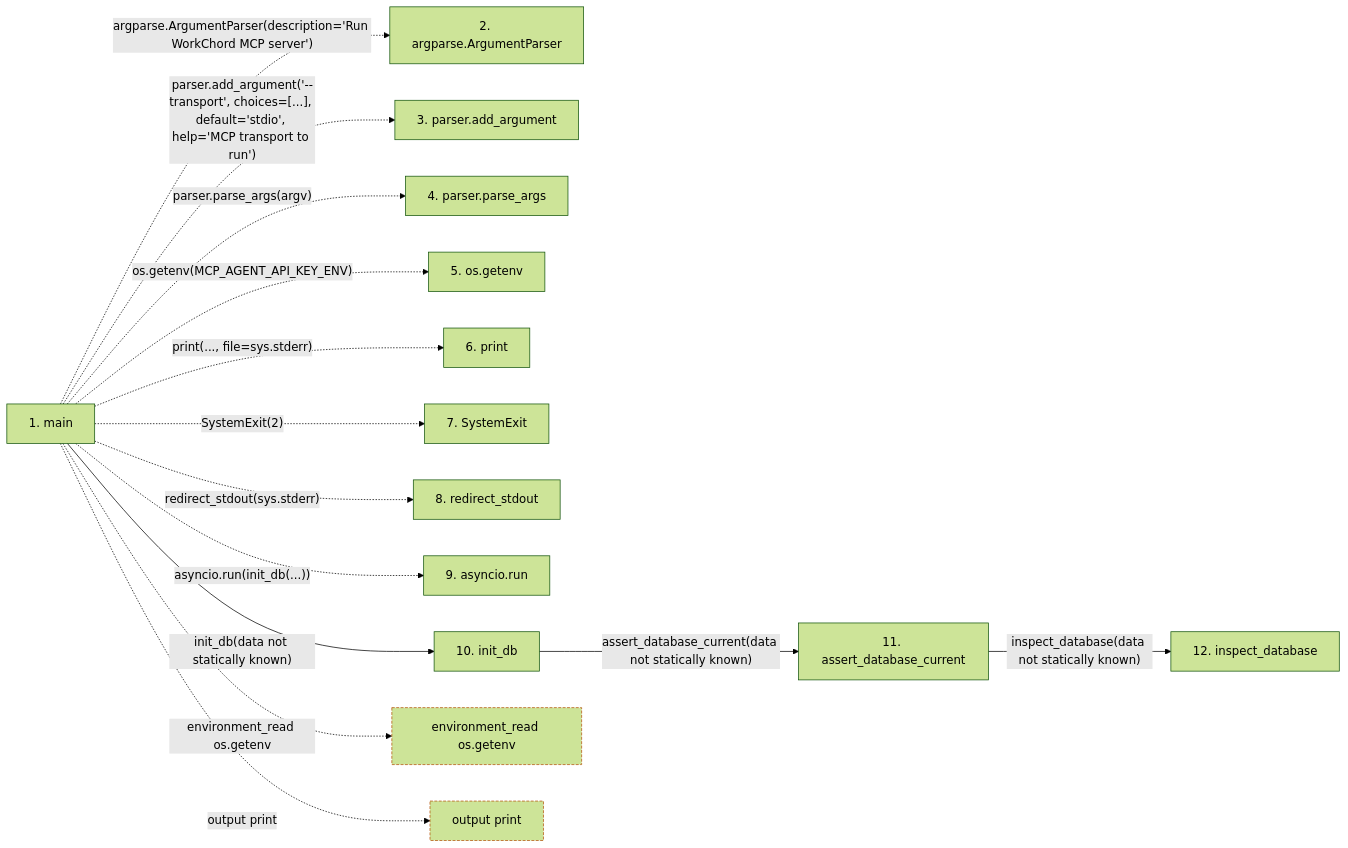
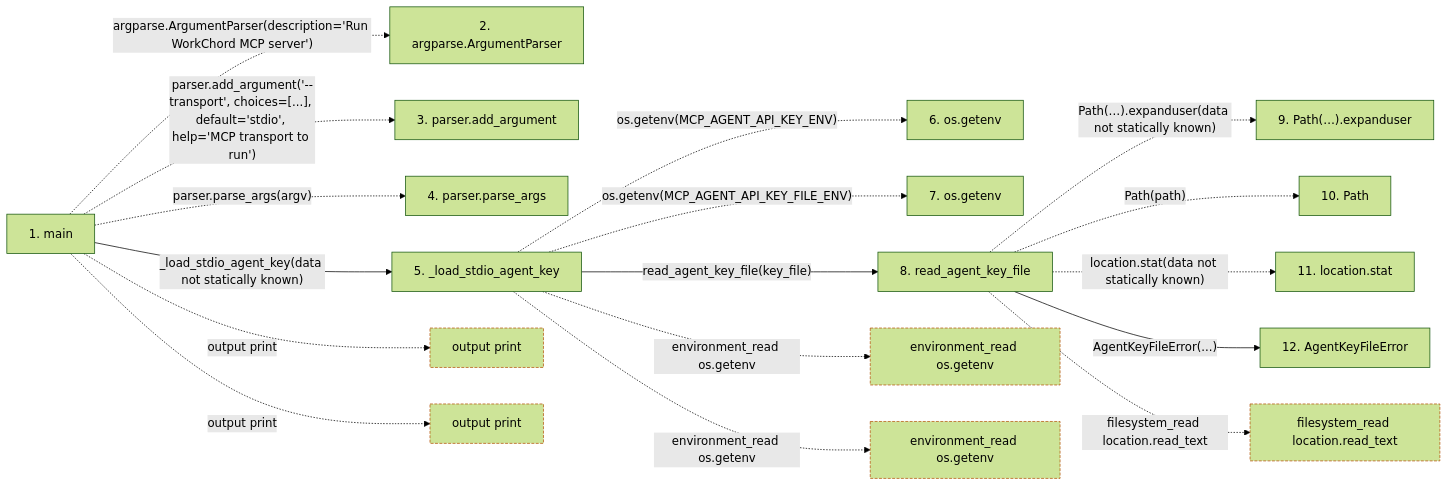
Before and after one commit to Denissvgn/WorkChord: the second of 2 diagrams in docs/llm_wiki/flows/process-mcp_server.md, drawn with Mermaid (forest theme). The commit also changed other lines of this file and 732 other files, not shown here.

Commit message:
docs(wiki): refresh for agent key delivery and the connect hint

````diff
--- a/docs/llm_wiki/flows/process-mcp_server.md
+++ b/docs/llm_wiki/flows/process-mcp_server.md
@@ -146,37 +154,46 @@
 ```mermaid
 flowchart LR
     s1["1. main"]
     s2["2. argparse.ArgumentParser"]
     s3["3. parser.add_argument"]
     s4["4. parser.parse_args"]
-    s5["5. os.getenv"]
-    s6["6. print"]
-    s7["7. SystemExit"]
-    s8["8. redirect_stdout"]
-    s9["9. asyncio.run"]
-    s10["10. init_db"]
-    s11["11. assert_database_current"]
-    s12["12. inspect_database"]
+    s5["5. _load_stdio_agent_key"]
+    s6["6. os.getenv"]
+    s7["7. os.getenv"]
+    s8["8. read_agent_key_file"]
+    s9["9. Path(…).expanduser"]
+    s10["10. Path"]
+    s11["11. location.stat"]
+    s12["12. AgentKeyFileError"]
     s1 -. "argparse.ArgumentParser(description='Run WorkChord MCP server')" .-> s2
     s1 -. "parser.add_argument('--transport', choices=[...], default='stdio', help='MCP transport to run')" .-> s3
     s1 -. "parser.parse_args(argv)" .-> s4
-    s1 -. "os.getenv(MCP_AGENT_API_KEY_ENV)" .-> s5
-    s1 -. "print(..., file=sys.stderr)" .-> s6
-    s1 -. "SystemExit(2)" .-> s7
-    s1 -. "redirect_stdout(sys.stderr)" .-> s8
-    s1 -. "asyncio.run(init_db(...))" .-> s9
-    s1 -->|"init_db(data not statically known)"| s10
-    s10 -->|"assert_database_current(data not statically known)"| s11
-    s11 -->|"inspect_database(data not statically known)"| s12
-    b0["environment_read os.getenv"]
-    s1 -. "environment_read os.getenv" .-> b0
+    s1 -->|"_load_stdio_agent_key(data not statically known)"| s5
+    s5 -. "os.getenv(MCP_AGENT_API_KEY_ENV)" .-> s6
+    s5 -. "os.getenv(MCP_AGENT_API_KEY_FILE_ENV)" .-> s7
+    s5 -->|"read_agent_key_file(key_file)"| s8
+    s8 -. "Path(…).expanduser(data not statically known)" .-> s9
+    s8 -. "Path(path)" .-> s10
+    s8 -. "location.stat(data not statically known)" .-> s11
+    s8 -->|"AgentKeyFileError(...)"| s12
+    b0["output print"]
+    s1 -. "output print" .-> b0
     b1["output print"]
     s1 -. "output print" .-> b1
+    b2["environment_read os.getenv"]
+    s5 -. "environment_read os.getenv" .-> b2
+    b3["environment_read os.getenv"]
+    s5 -. "environment_read os.getenv" .-> b3
+    b4["filesystem_read location.read_text"]
+    s8 -. "filesystem_read location.read_text" .-> b4
     click s1 "../modules/mcp_server.md"
-    click s10 "../modules/app_database.md"
-    click s11 "../modules/upgrade_service.md"
-    click s12 "../modules/upgrade_service.md"
+    click s5 "../modules/mcp_server.md"
+    click s8 "../modules/agent_key_file.md"
+    click s12 "../modules/agent_key_file.md"
     classDef boundary stroke:#b45309,stroke-dasharray: 4 2
     class b0 boundary
     class b1 boundary
+    class b2 boundary
+    class b3 boundary
+    class b4 boundary
 ```
````
